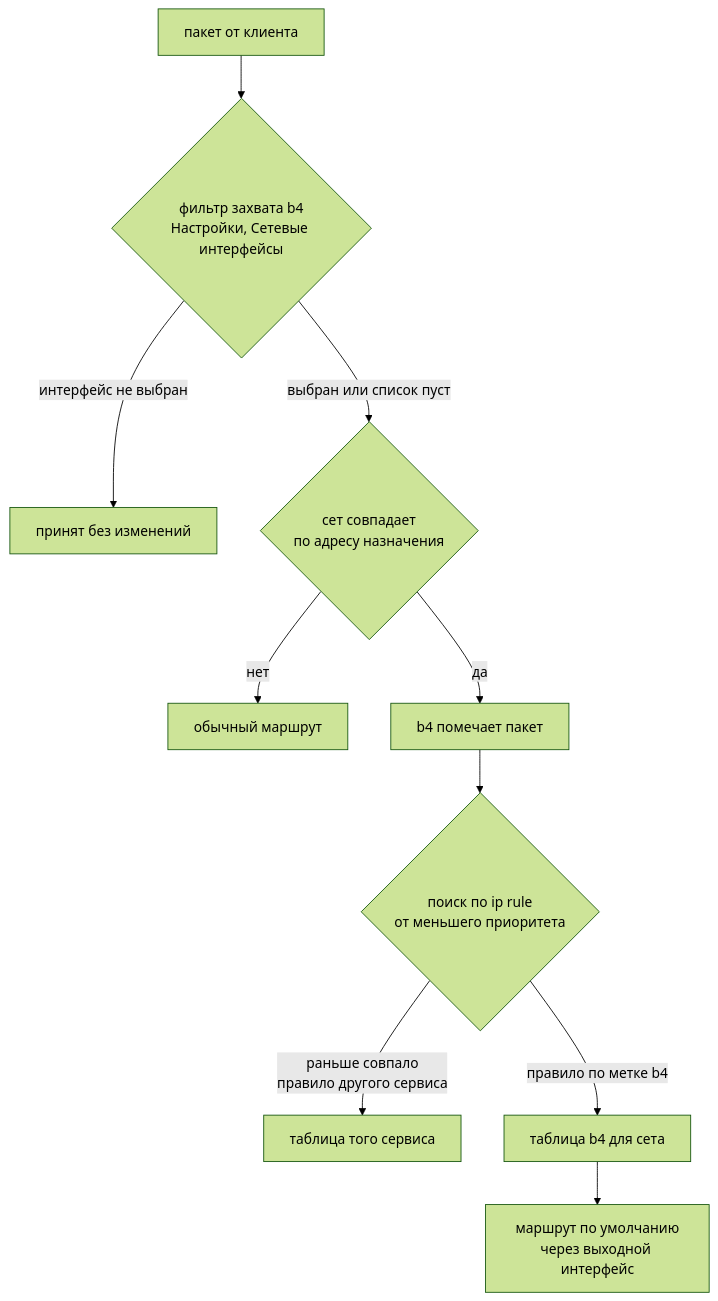
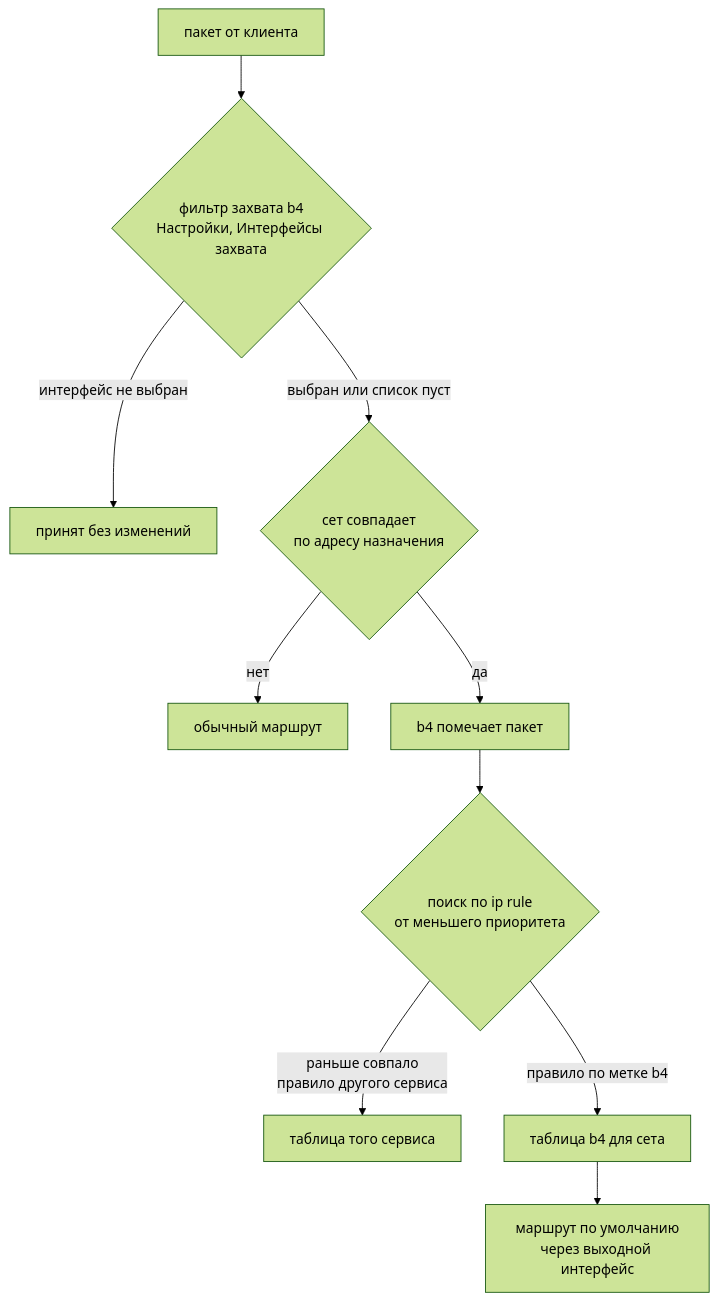
Before and after one commit to DanielLavrushin/b4: the diagram in docs/i18n/ru/docusaurus-plugin-content-docs/current/guides/xray.md, drawn with Mermaid (forest theme). The commit also changed other lines of this file and 167 other files, not shown here.

````diff
--- a/docs/i18n/ru/docusaurus-plugin-content-docs/current/guides/xray.md
+++ b/docs/i18n/ru/docusaurus-plugin-content-docs/current/guides/xray.md
@@ -36,12 +36,12 @@
 ```mermaid
 flowchart TD
-    A[пакет от клиента] --> B{фильтр захвата b4<br/>Настройки, Сетевые интерфейсы}
+    A[пакет от клиента] --> B{фильтр захвата b4<br/>Настройки, Интерфейсы захвата}
     B -->|интерфейс не выбран| Z[принят без изменений]
     B -->|выбран или список пуст| C{сет совпадает<br/>по адресу назначения}
     C -->|нет| D[обычный маршрут]
     C -->|да| E[b4 помечает пакет]
     E --> F{поиск по ip rule<br/>от меньшего приоритета}
     F -->|раньше совпало<br/>правило другого сервиса| G[таблица того сервиса]
     F -->|правило по метке b4| H[таблица b4 для сета]
     H --> I[маршрут по умолчанию<br/>через выходной интерфейс]
 ```
````
